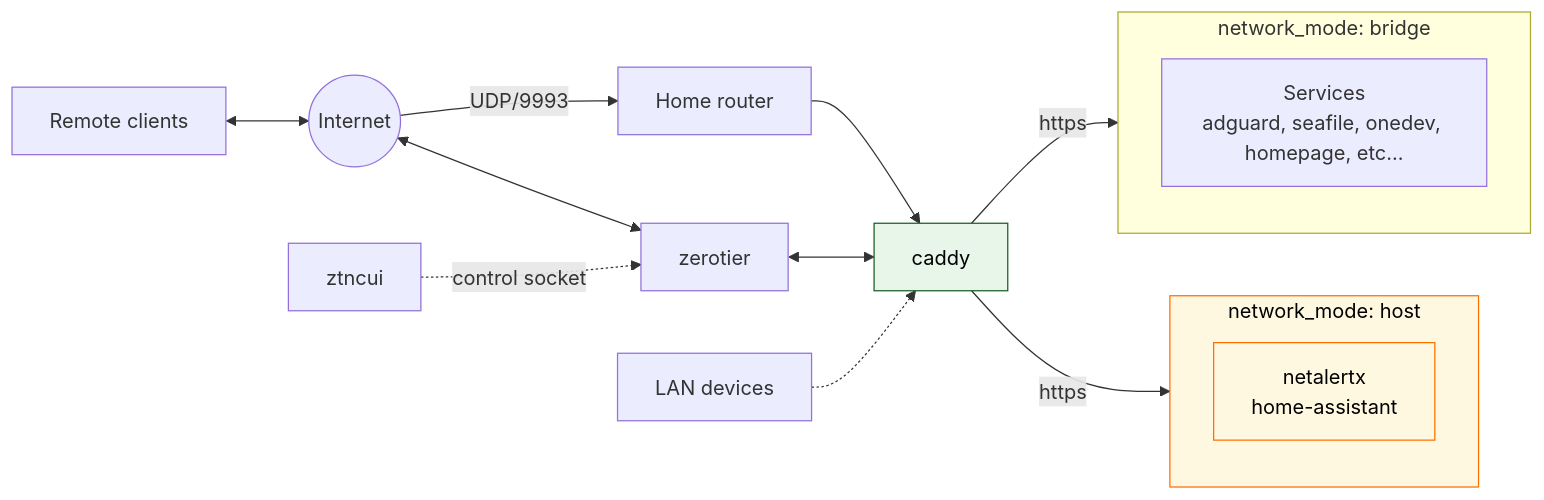
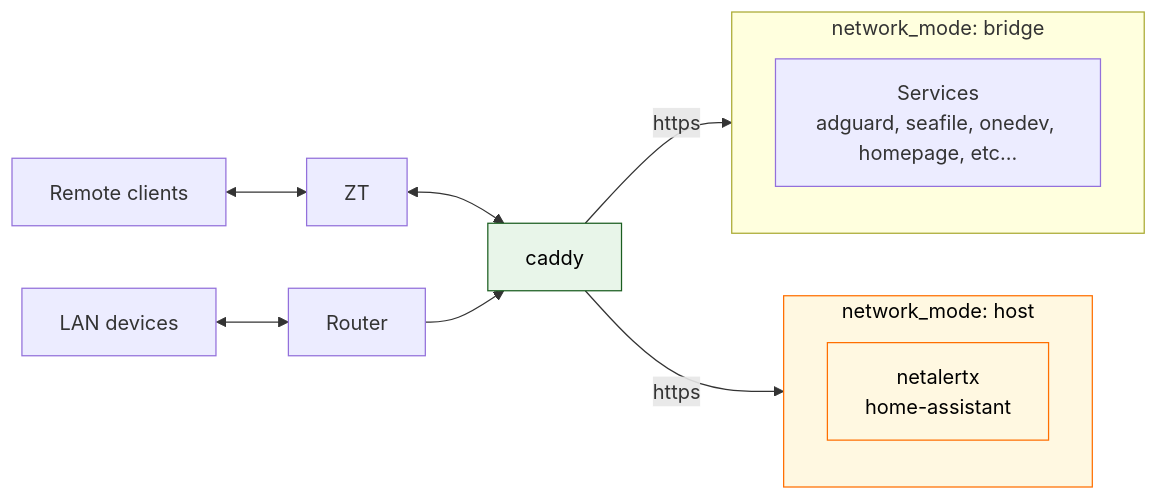
One commit to b0t0s/aspire-flat-lab changed the diagram in readme.md. Above: the diagram before and after it, drawn with Mermaid. The commit also changed other lines of this file and 5 other files, not shown here.

````diff
--- a/readme.md
+++ b/readme.md
@@ -7,28 +7,21 @@
 ```mermaid
 flowchart LR
-    Internet((Internet)) -->|"UDP/9993"| Router[Home router]
-    Router --> Caddy[caddy]
-
-    Clients[Remote clients] <--> Internet
-    Internet <--> ZT[zerotier]
-    ZTUI[ztncui] -.->|"control socket"| ZT
-    ZT <--> Caddy
-
-    LAN[LAN devices] -.-> Caddy
+    Clients[Remote clients] <-->  ZT <--> Caddy
+    LAN[LAN devices] <--> Router --> Caddy[caddy]
 
     Caddy -->|"https"| Bridge
     Caddy -->|"https"| HostNet
 
     subgraph Bridge["network_mode: bridge"]
         B["Services<br/>adguard, seafile, onedev, homepage, etc..."]
     end
 
     subgraph HostNet["network_mode: host"]
         H["netalertx<br/>home-assistant"]
     end
 
     classDef edge fill:#e8f5e9,stroke:#1b5e20,color:#000
     classDef host fill:#fff8e1,stroke:#ff6f00,color:#000
     class Caddy edge
     class H,HostNet host
 ```
````
